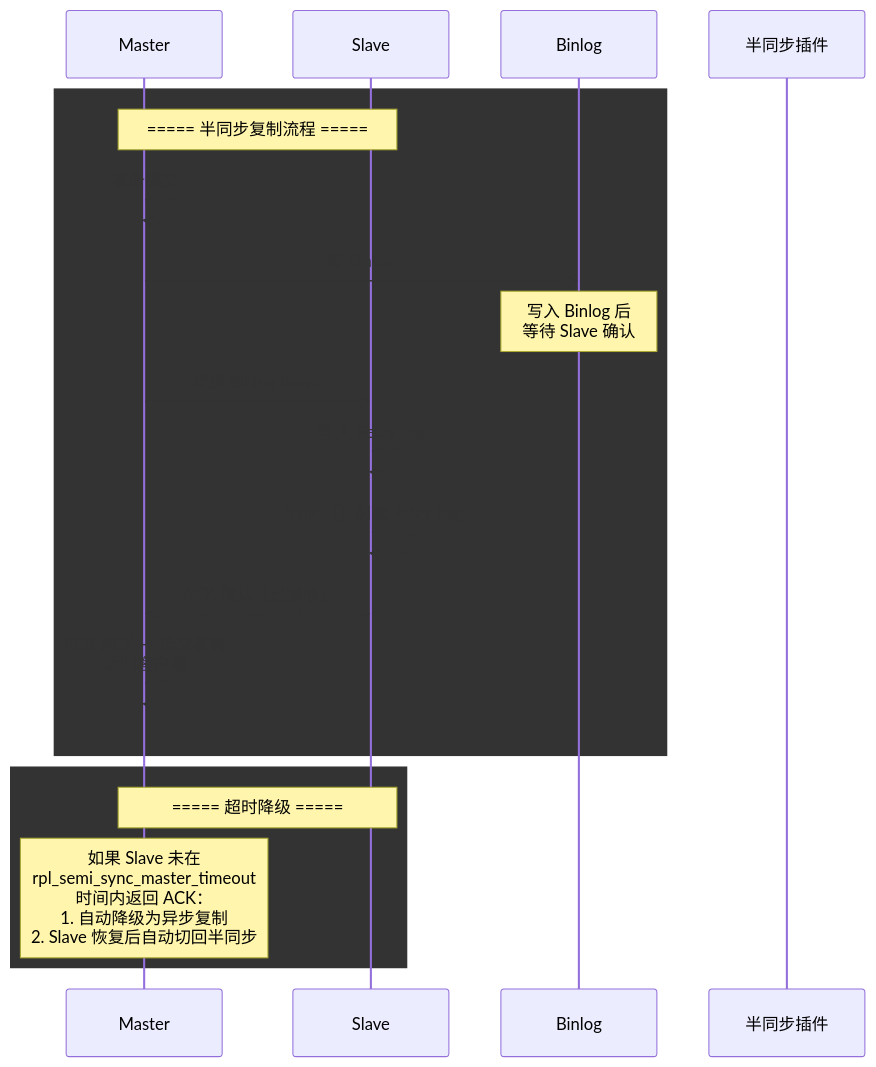
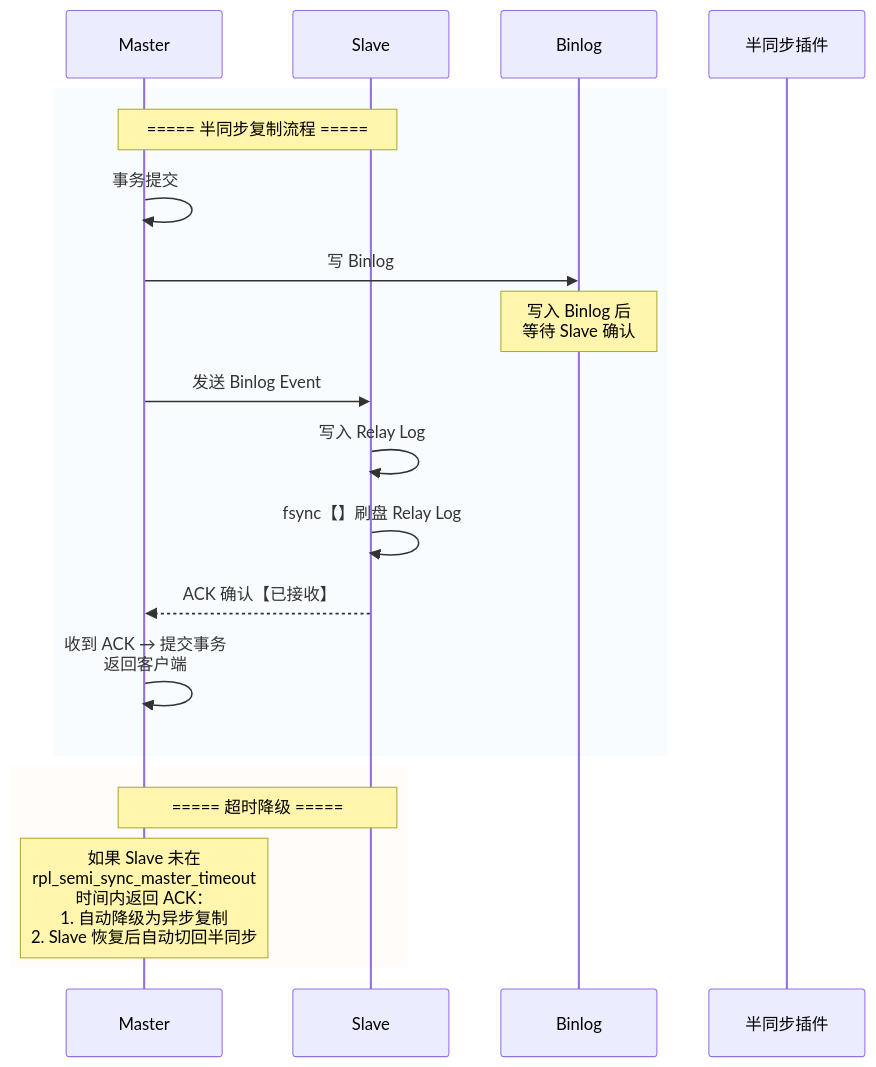
One commit to AH23333/Blog changed diagram 47 of 50 in src/content/philes/volume-1/Java-Backend/MySQL深度解析.md. Above: the diagram before and after it, drawn with Mermaid. The commit also changed other lines of this file and 17 other files, not shown here.

Commit message:
修复所有已知bug（mermaid渲染、表格识别），添加错误总结经验，暂时保留测试文件，准备考虑优化性能与重构

````diff
--- a/src/content/philes/volume-1/Java-Backend/MySQL深度解析.md
+++ b/src/content/philes/volume-1/Java-Backend/MySQL深度解析.md
@@ -1952,24 +1952,24 @@
 ```mermaid
 sequenceDiagram
     participant MASTER as Master
     participant SLAVE as Slave
     participant BINLOG as Binlog
     participant SEMI as 半同步插件
 
-    rect rgba【240, 248, 255, 0.4】
+    rect rgba(240, 248, 255, 0.4)
     Note over MASTER,SLAVE: ===== 半同步复制流程 =====
     MASTER->>MASTER: 事务提交
     MASTER->>BINLOG: 写 Binlog
     Note over BINLOG: 写入 Binlog 后<br/>等待 Slave 确认
     MASTER->>SLAVE: 发送 Binlog Event
     SLAVE->>SLAVE: 写入 Relay Log
     SLAVE->>SLAVE: fsync【】刷盘 Relay Log
     SLAVE-->>MASTER: ACK 确认【已接收】
     MASTER->>MASTER: 收到 ACK → 提交事务<br/>返回客户端
     end
 
-    rect rgba【255, 248, 240, 0.4】
+    rect rgba(255, 248, 240, 0.4)
     Note over MASTER,SLAVE: ===== 超时降级 =====
     Note over MASTER: 如果 Slave 未在<br/>rpl_semi_sync_master_timeout<br/>时间内返回 ACK：<br/>1. 自动降级为异步复制<br/>2. Slave 恢复后自动切回半同步
     end
 ```
````
